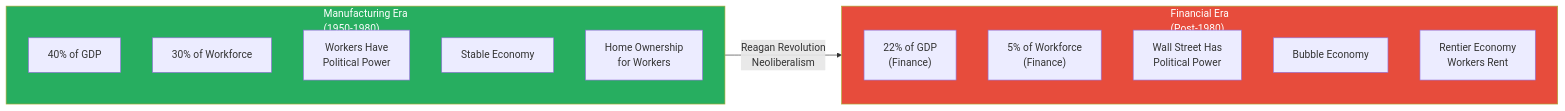
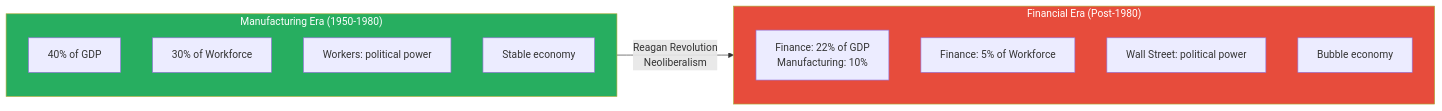
Before and after one commit to alius33/reader: the second of 8 diagrams in summaries/Lectures/Geo-Strategy/03 - How Empire is Destroying America.md, drawn with Mermaid. The commit also changed other lines of this file and 26 other files, not shown here.

````diff
--- a/summaries/Lectures/Geo-Strategy/03 - How Empire is Destroying America.md
+++ b/summaries/Lectures/Geo-Strategy/03 - How Empire is Destroying America.md
@@ -140,20 +122,18 @@
 ```mermaid
 flowchart LR
-    subgraph M["Manufacturing Era<br/>(1950-1980)"]
+    subgraph ME["Manufacturing Era (1950-1980)"]
         M1["40% of GDP"]
         M2["30% of Workforce"]
-        M3["Workers Have<br/>Political Power"]
-        M4["Stable Economy"]
-        M5["Home Ownership<br/>for Workers"]
+        M3["Workers: political power"]
+        M4["Stable economy"]
     end
-    subgraph F["Financial Era<br/>(Post-1980)"]
-        F1["22% of GDP<br/>(Finance)"]
-        F2["5% of Workforce<br/>(Finance)"]
-        F3["Wall Street Has<br/>Political Power"]
-        F4["Bubble Economy"]
-        F5["Rentier Economy<br/>Workers Rent"]
+    subgraph FE["Financial Era (Post-1980)"]
+        F1["Finance: 22% of GDP<br/>Manufacturing: 10%"]
+        F2["Finance: 5% of Workforce"]
+        F3["Wall Street: political power"]
+        F4["Bubble economy"]
     end
-    M -->|"Reagan Revolution<br/>Neoliberalism"| F
-    style M fill:#27ae60,color:#fff
-    style F fill:#e74c3c,color:#fff
+    ME -->|"Reagan Revolution<br/>Neoliberalism"| FE
+    style ME fill:#27ae60,color:#fff
+    style FE fill:#e74c3c,color:#fff
 ```
````
